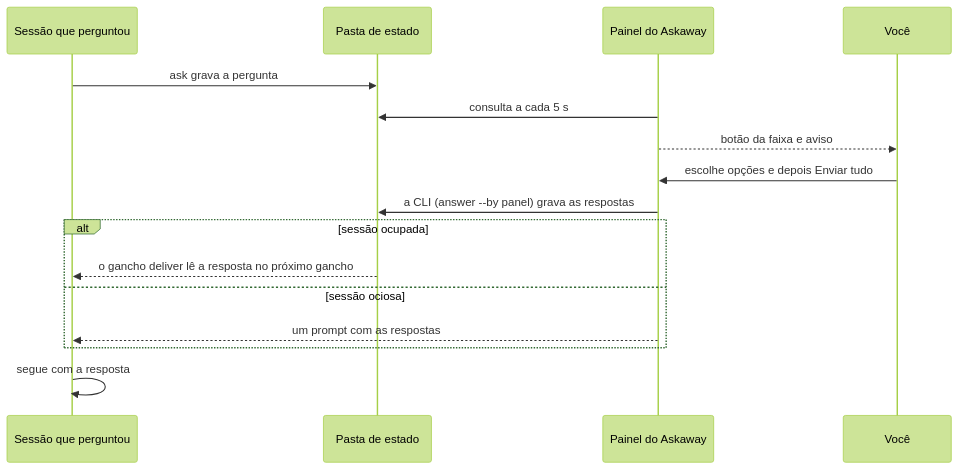
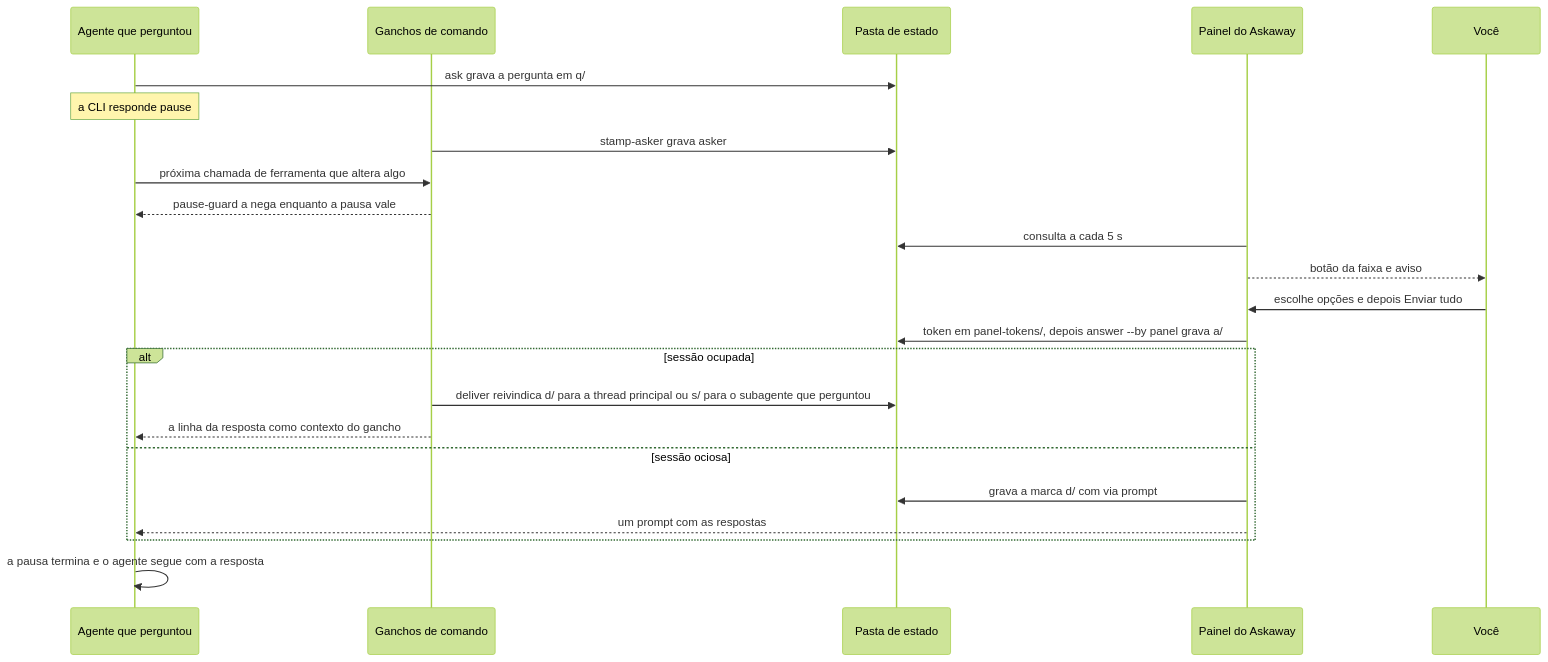
Before and after one commit to KeepGlide/askaway: the second of 2 diagrams in README.pt-BR.md, drawn with Mermaid (forest theme). The commit also changed other lines of this file and 3 other files, not shown here.

````diff
--- a/README.pt-BR.md
+++ b/README.pt-BR.md
@@ -139,18 +151,25 @@
 ```mermaid
 sequenceDiagram
-    participant Agent as Sessão que perguntou
+    participant Agent as Agente que perguntou
+    participant Hooks as Ganchos de comando
     participant Folder as Pasta de estado
     participant Panel as Painel do Askaway
     participant You as Você
-    Agent->>Folder: ask grava a pergunta
+    Agent->>Folder: ask grava a pergunta em q/
+    Note over Agent: a CLI responde pause
+    Hooks->>Folder: stamp-asker grava asker
+    Agent->>Hooks: próxima chamada de ferramenta que altera algo
+    Hooks-->>Agent: pause-guard a nega enquanto a pausa vale
     Panel->>Folder: consulta a cada 5 s
     Panel-->>You: botão da faixa e aviso
     You->>Panel: escolhe opções e depois Enviar tudo
-    Panel->>Folder: a CLI (answer --by panel) grava as respostas
+    Panel->>Folder: token em panel-tokens/, depois answer --by panel grava a/
     alt sessão ocupada
-        Folder-->>Agent: o gancho deliver lê a resposta no próximo gancho
+        Hooks->>Folder: deliver reivindica d/ para a thread principal ou s/ para o subagente que perguntou
+        Hooks-->>Agent: a linha da resposta como contexto do gancho
     else sessão ociosa
+        Panel->>Folder: grava a marca d/ com via prompt
         Panel-->>Agent: um prompt com as respostas
     end
-    Agent->>Agent: segue com a resposta
+    Agent->>Agent: a pausa termina e o agente segue com a resposta
 ```
````
